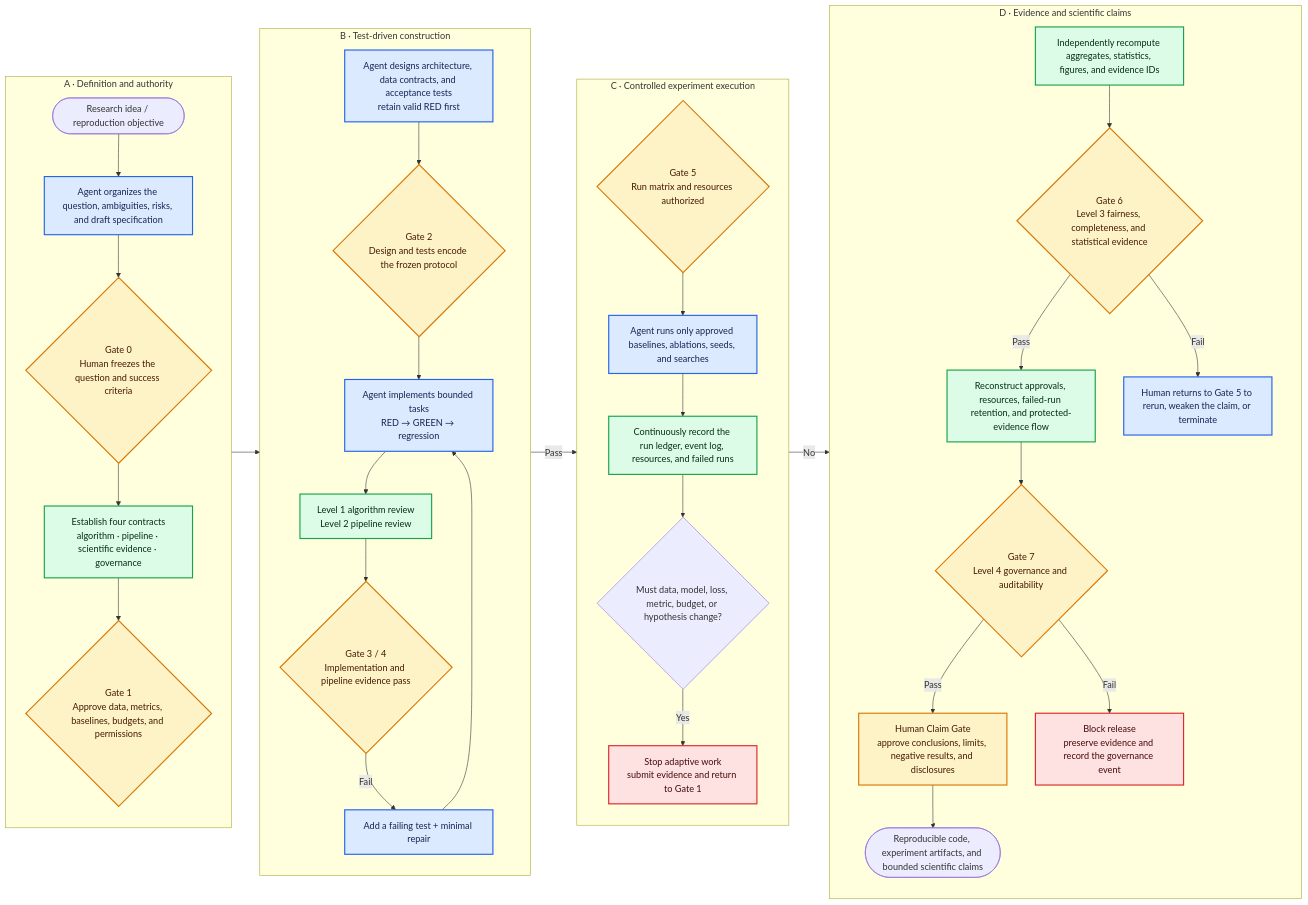
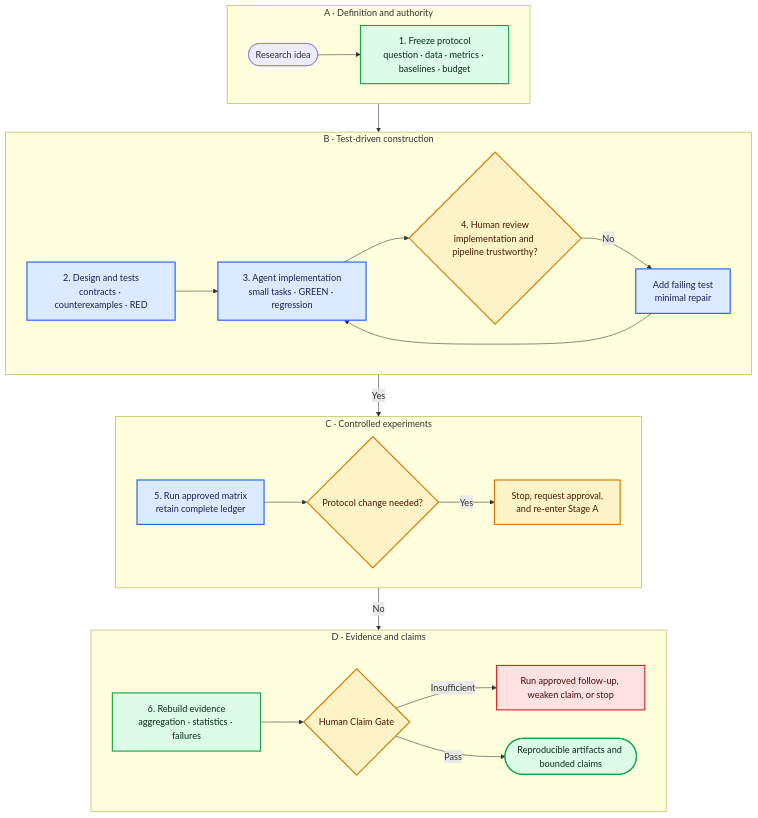
The diagram in essays/human-agent-research-engineering-workflow.en.md (heisenberg0020/heisenberg0020.github.io), drawn with Mermaid before and after one commit. The commit also changed other lines of this file and 6 other files, not shown here.

Commit message:
Shorten human-agent research workflow essay (#3)

````diff
--- a/essays/human-agent-research-engineering-workflow.en.md
+++ b/essays/human-agent-research-engineering-workflow.en.md
@@ -112,52 +46,41 @@
 ```mermaid
-flowchart LR
-    subgraph S1["A · Definition and authority"]
-        direction TB
-        IDEA(["Research idea / reproduction objective"]) --> SPEC["Agent organizes the question, ambiguities, risks, and draft specification"]
-        SPEC --> G0{"Gate 0<br/>Human freezes the question and success criteria"}
-        G0 --> CONTRACT["Establish four contracts<br/>algorithm · pipeline · scientific evidence · governance"]
-        CONTRACT --> G1{"Gate 1<br/>Approve data, metrics, baselines, budgets, and permissions"}
+flowchart TB
+    subgraph A["A · Definition and authority"]
+        direction LR
+        IDEA(["Research idea"]) --> FREEZE["1. Freeze protocol<br/>question · data · metrics · baselines · budget"]
     end
 
-    subgraph S2["B · Test-driven construction"]
-        direction TB
-        DESIGN["Agent designs architecture, data contracts, and acceptance tests<br/>retain valid RED first"] --> G2{"Gate 2<br/>Design and tests encode the frozen protocol"}
-        G2 --> CODE["Agent implements bounded tasks<br/>RED → GREEN → regression"]
-        CODE --> L12["Level 1 algorithm review<br/>Level 2 pipeline review"]
-        L12 --> G34{"Gate 3 / 4<br/>Implementation and pipeline evidence pass"}
-        G34 -- "Fail" --> REPAIR["Add a failing test + minimal repair"] --> CODE
+    subgraph B["B · Test-driven construction"]
+        direction LR
+        DESIGN["2. Design and tests<br/>contracts · counterexamples · RED"] --> BUILD["3. Agent implementation<br/>small tasks · GREEN · regression"]
+        BUILD --> REVIEW{"4. Human review<br/>implementation and pipeline trustworthy?"}
+        REVIEW -- "No" --> REPAIR["Add failing test<br/>minimal repair"] --> BUILD
     end
 
-    subgraph S3["C · Controlled experiment execution"]
-        direction TB
-        G5{"Gate 5<br/>Run matrix and resources authorized"} --> RUN["Agent runs only approved baselines, ablations, seeds, and searches"]
-        RUN --> LEDGER["Continuously record the run ledger, event log, resources, and failed runs"]
-        LEDGER --> CHANGE{"Must data, model, loss, metric, budget, or hypothesis change?"}
-        CHANGE -- "Yes" --> STOP["Stop adaptive work<br/>submit evidence and return to Gate 1"]
+    subgraph C["C · Controlled experiments"]
+        direction LR
+        RUN["5. Run approved matrix<br/>retain complete ledger"] --> CHANGE{"Protocol change needed?"}
+        CHANGE -- "Yes" --> APPROVE["Stop, request approval,<br/>and re-enter Stage A"]
     end
 
-    subgraph S4["D · Evidence and scientific claims"]
-        direction TB
-        EVID["Independently recompute aggregates, statistics, figures, and evidence IDs"] --> G6{"Gate 6<br/>Level 3 fairness, completeness, and statistical evidence"}
-        G6 -- "Pass" --> GOV["Reconstruct approvals, resources, failed-run retention, and protected-evidence flow"]
-        GOV --> G7{"Gate 7<br/>Level 4 governance and auditability"}
-        G7 -- "Pass" --> CLAIM["Human Claim Gate<br/>approve conclusions, limits, negative results, and disclosures"]
-        CLAIM --> RELEASE(["Reproducible code, experiment artifacts, and bounded scientific claims"])
-        G6 -- "Fail" --> RERUN["Human returns to Gate 5 to rerun, weaken the claim, or terminate"]
-        G7 -- "Fail" --> BLOCK["Block release<br/>preserve evidence and record the governance event"]
+    subgraph D["D · Evidence and claims"]
+        direction LR
+        EVIDENCE["6. Rebuild evidence<br/>aggregation · statistics · failures"] --> CLAIM{"Human Claim Gate"}
+        CLAIM -- "Insufficient" --> DOWNGRADE["Run approved follow-up, weaken claim, or stop"]
+        CLAIM -- "Pass" --> RELEASE(["Reproducible artifacts and bounded claims"])
     end
 
-    G1 --> DESIGN
-    G34 -- "Pass" --> G5
-    CHANGE -- "No" --> EVID
+    FREEZE --> DESIGN
+    REVIEW -- "Yes" --> RUN
+    CHANGE -- "No" --> EVIDENCE
 
     classDef human fill:#fef3c7,stroke:#d97706,color:#451a03,stroke-width:2px;
     classDef agent fill:#dbeafe,stroke:#2563eb,color:#172554,stroke-width:2px;
     classDef evidence fill:#dcfce7,stroke:#16a34a,color:#052e16,stroke-width:2px;
     classDef stop fill:#fee2e2,stroke:#dc2626,color:#450a0a,stroke-width:2px;
 
-    class G0,G1,G2,G34,G5,G6,G7,CLAIM human;
-    class SPEC,DESIGN,CODE,REPAIR,RUN,RERUN agent;
-    class CONTRACT,L12,LEDGER,EVID,GOV evidence;
-    class STOP,BLOCK stop;
+    class REVIEW,CHANGE,CLAIM,APPROVE human;
+    class DESIGN,BUILD,REPAIR,RUN agent;
+    class FREEZE,EVIDENCE,RELEASE evidence;
+    class DOWNGRADE stop;
 ```
````
